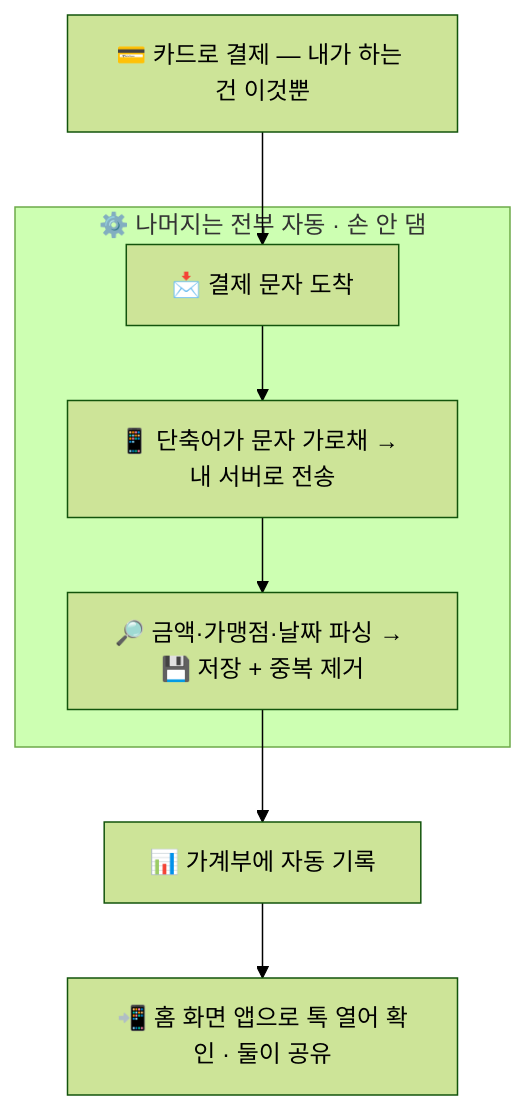
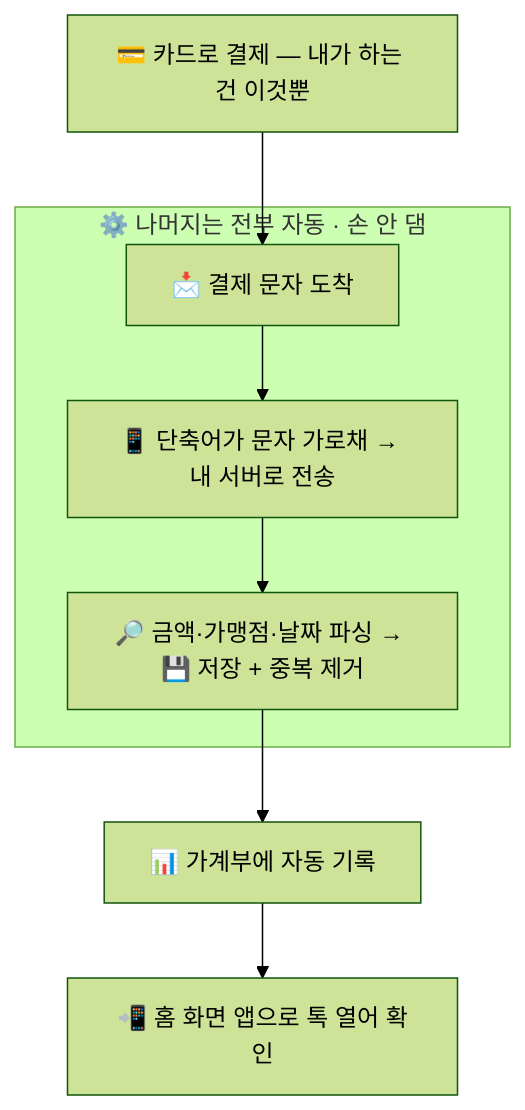
One commit to 000namc/auto-ledger changed the diagram in README.md. Above: the diagram before and after it, drawn with Mermaid (forest theme). The commit also changed other lines of this file and 1 other file, not shown here.

````diff
--- a/README.md
+++ b/README.md
@@ -9,10 +9,10 @@
 ```mermaid
 flowchart TD
     P["💳 카드로 결제 — 내가 하는 건 이것뿐"] --> M["📩 결제 문자 도착"]
     subgraph AUTO["⚙️ 나머지는 전부 자동 · 손 안 댐"]
       M --> SC["📱 단축어가 문자 가로채 → 내 서버로 전송"]
       SC --> SV["🔎 금액·가맹점·날짜 파싱 → 💾 저장 + 중복 제거"]
     end
     SV --> DB["📊 가계부에 자동 기록"]
-    DB --> APP["📲 홈 화면 앱으로 톡 열어 확인 · 둘이 공유"]
+    DB --> APP["📲 홈 화면 앱으로 톡 열어 확인"]
 ```
````
